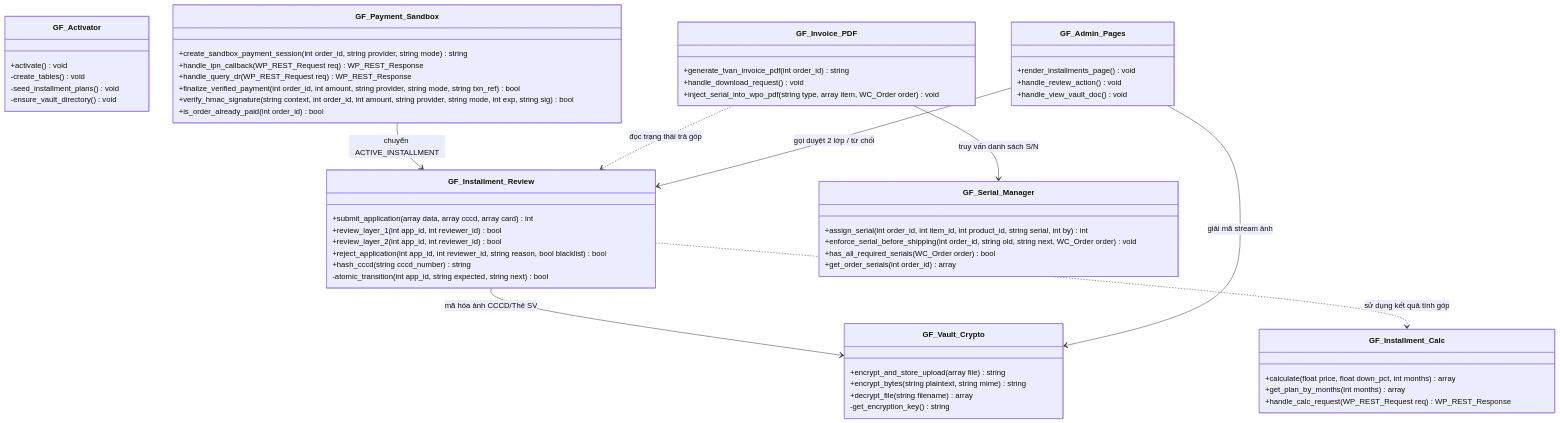
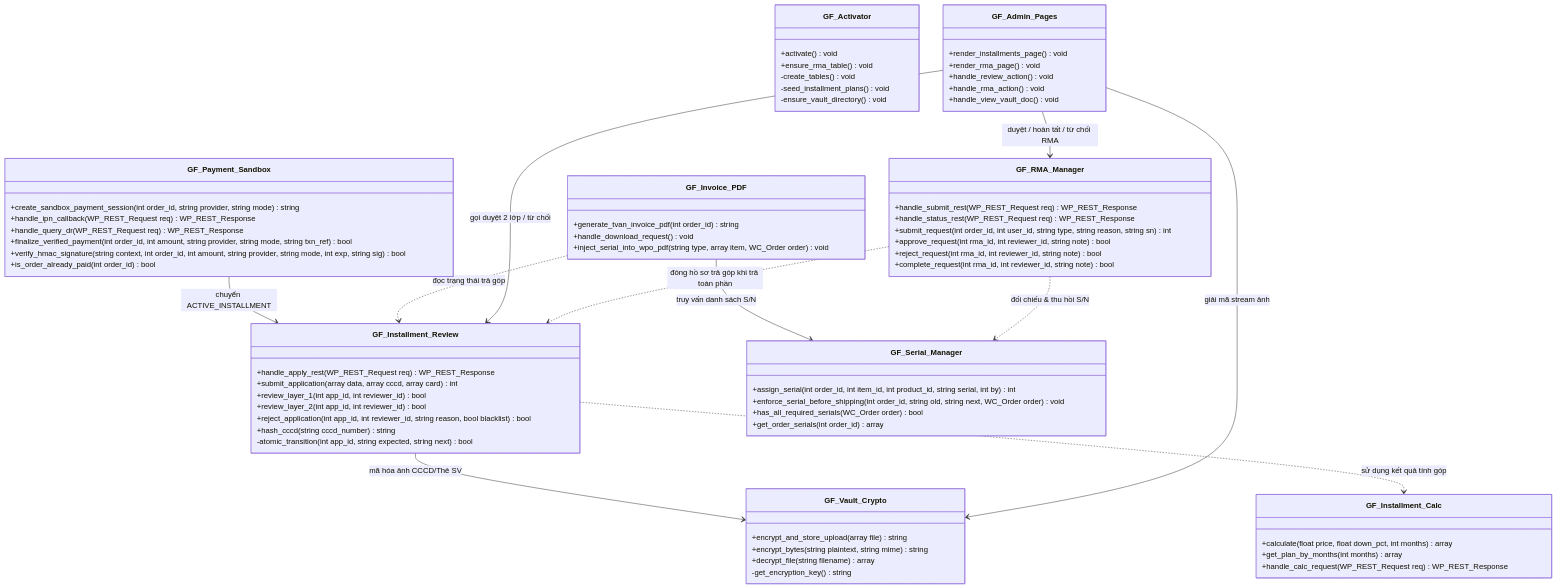
One commit to nguyenthanhtri5h-bot/EC312-GearForge-HeThongTMDT changed the diagram in 2. Quy ước và Sơ đồ UML/role4_diagrams/ClassDiagram_Backend_Role4.mmd. Above: the diagram before and after it, drawn with Mermaid. The commit also changed 10 other files, not shown here.

Commit message:
feat(role4): bổ sung REST API nộp hồ sơ trả góp, module Đổi trả RMA và cập nhật ERD, Class Diagram, báo cáo Word

```diff
--- a/2. Quy ước và Sơ đồ UML/role4_diagrams/ClassDiagram_Backend_Role4.mmd
+++ b/2. Quy ước và Sơ đồ UML/role4_diagrams/ClassDiagram_Backend_Role4.mmd
@@ -1,65 +1,81 @@
 classDiagram
     class GF_Activator {
         +activate() void
+        +ensure_rma_table() void
         -create_tables() void
         -seed_installment_plans() void
         -ensure_vault_directory() void
     }
 
     class GF_Installment_Calc {
         +calculate(float price, float down_pct, int months) array
         +get_plan_by_months(int months) array
         +handle_calc_request(WP_REST_Request req) WP_REST_Response
     }
 
     class GF_Vault_Crypto {
         +encrypt_and_store_upload(array file) string
         +encrypt_bytes(string plaintext, string mime) string
         +decrypt_file(string filename) array
         -get_encryption_key() string
     }
 
     class GF_Installment_Review {
+        +handle_apply_rest(WP_REST_Request req) WP_REST_Response
         +submit_application(array data, array cccd, array card) int
         +review_layer_1(int app_id, int reviewer_id) bool
         +review_layer_2(int app_id, int reviewer_id) bool
         +reject_application(int app_id, int reviewer_id, string reason, bool blacklist) bool
         +hash_cccd(string cccd_number) string
         -atomic_transition(int app_id, string expected, string next) bool
     }
 
     class GF_Payment_Sandbox {
         +create_sandbox_payment_session(int order_id, string provider, string mode) string
         +handle_ipn_callback(WP_REST_Request req) WP_REST_Response
         +handle_query_dr(WP_REST_Request req) WP_REST_Response
         +finalize_verified_payment(int order_id, int amount, string provider, string mode, string txn_ref) bool
         +verify_hmac_signature(string context, int order_id, int amount, string provider, string mode, int exp, string sig) bool
         +is_order_already_paid(int order_id) bool
     }
 
     class GF_Serial_Manager {
         +assign_serial(int order_id, int item_id, int product_id, string serial, int by) int
         +enforce_serial_before_shipping(int order_id, string old, string next, WC_Order order) void
         +has_all_required_serials(WC_Order order) bool
         +get_order_serials(int order_id) array
     }
 
     class GF_Invoice_PDF {
         +generate_tvan_invoice_pdf(int order_id) string
         +handle_download_request() void
         +inject_serial_into_wpo_pdf(string type, array item, WC_Order order) void
     }
 
     class GF_Admin_Pages {
         +render_installments_page() void
+        +render_rma_page() void
         +handle_review_action() void
+        +handle_rma_action() void
         +handle_view_vault_doc() void
+    }
+
+    class GF_RMA_Manager {
+        +handle_submit_rest(WP_REST_Request req) WP_REST_Response
+        +handle_status_rest(WP_REST_Request req) WP_REST_Response
+        +submit_request(int order_id, int user_id, string type, string reason, string sn) int
+        +approve_request(int rma_id, int reviewer_id, string note) bool
+        +reject_request(int rma_id, int reviewer_id, string note) bool
+        +complete_request(int rma_id, int reviewer_id, string note) bool
     }
 
     GF_Installment_Review --> GF_Vault_Crypto : mã hóa ảnh CCCD/Thẻ SV
     GF_Installment_Review ..> GF_Installment_Calc : sử dụng kết quả tính góp
     GF_Payment_Sandbox --> GF_Installment_Review : chuyển ACTIVE_INSTALLMENT
     GF_Invoice_PDF --> GF_Serial_Manager : truy vấn danh sách S/N
     GF_Invoice_PDF ..> GF_Installment_Review : đọc trạng thái trả góp
     GF_Admin_Pages --> GF_Installment_Review : gọi duyệt 2 lớp / từ chối
+    GF_Admin_Pages --> GF_RMA_Manager : duyệt / hoàn tất / từ chối RMA
     GF_Admin_Pages --> GF_Vault_Crypto : giải mã stream ảnh
+    GF_RMA_Manager ..> GF_Serial_Manager : đối chiếu & thu hồi S/N
+    GF_RMA_Manager ..> GF_Installment_Review : đóng hồ sơ trả góp khi trả toàn phần
```
